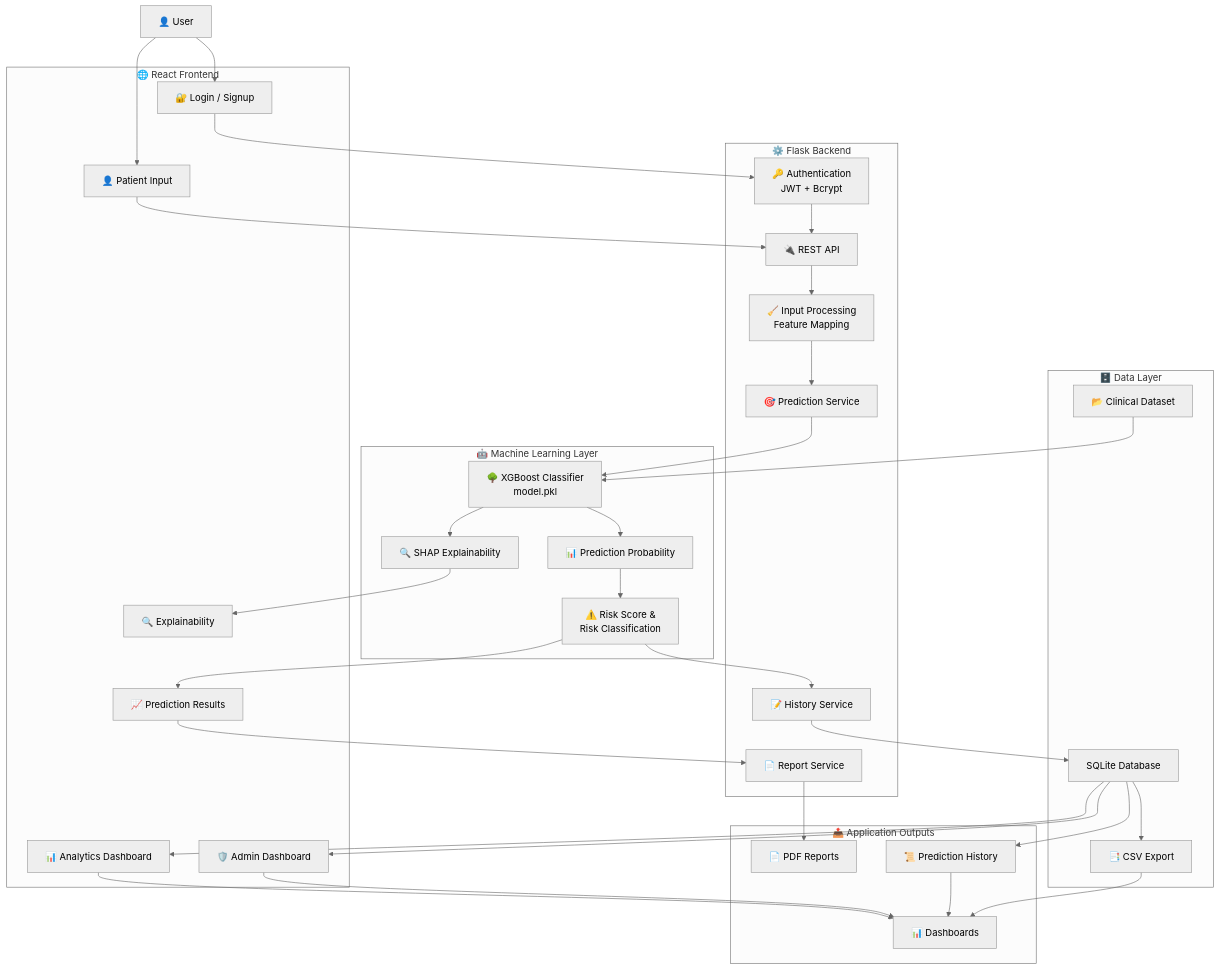
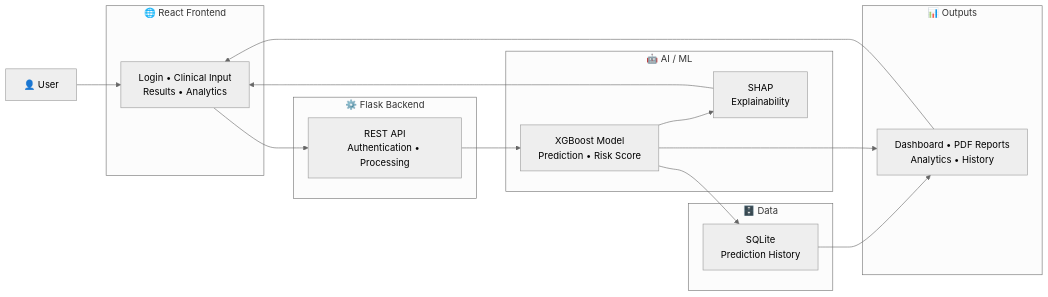
The diagram in README.md (meganathm123-lgtm/AI-Cancer-Care-Recurrence-Prediction), drawn with Mermaid (neutral theme) before and after one commit.

````diff
--- a/README.md
+++ b/README.md
@@ -344,79 +344,36 @@
 ```mermaid
-flowchart TB
+flowchart LR
 
     U["👤 User"]
 
-    subgraph FE["🌐 React Frontend"]
-        LOGIN["🔐 Login / Signup"]
-        PATIENT["👤 Patient Input"]
-        RESULT["📈 Prediction Results"]
-        EXPLAIN["🔍 Explainability"]
-        ANALYTICS["📊 Analytics Dashboard"]
-        ADMIN["🛡️ Admin Dashboard"]
+    subgraph FRONTEND["🌐 React Frontend"]
+        UI["Login • Clinical Input<br/>Results • Analytics"]
     end
 
-    subgraph BE["⚙️ Flask Backend"]
-        AUTH["🔑 Authentication<br/>JWT + Bcrypt"]
-        API["🔌 REST API"]
-        VALIDATE["🧹 Input Processing<br/>Feature Mapping"]
-        PREDICT["🎯 Prediction Service"]
-        HISTORY["📝 History Service"]
-        REPORT["📄 Report Service"]
+    subgraph BACKEND["⚙️ Flask Backend"]
+        API["REST API<br/>Authentication • Processing"]
     end
 
-    subgraph ML["🤖 Machine Learning Layer"]
-        MODEL["🌳 XGBoost Classifier<br/>model.pkl"]
-        PROB["📊 Prediction Probability"]
-        RISK["⚠️ Risk Score &<br/>Risk Classification"]
-        SHAP["🔍 SHAP Explainability"]
+    subgraph AI["🤖 AI / ML"]
+        MODEL["XGBoost Model<br/>Prediction • Risk Score"]
+        SHAP["SHAP<br/>Explainability"]
     end
 
-    subgraph DATA["🗄️ Data Layer"]
-        SQLITE["SQLite Database"]
-        DATASET["📂 Clinical Dataset"]
-        CSV["📑 CSV Export"]
+    subgraph DATA["🗄️ Data"]
+        DB["SQLite<br/>Prediction History"]
     end
 
-    subgraph OUT["📤 Application Outputs"]
-        DASH["📊 Dashboards"]
-        PDF["📄 PDF Reports"]
-        HISTORYOUT["📜 Prediction History"]
+    subgraph OUTPUT["📊 Outputs"]
+        OUT["Dashboard • PDF Reports<br/>Analytics • History"]
     end
 
-    U --> LOGIN
-    U --> PATIENT
-
-    LOGIN --> AUTH
-    AUTH --> API
-
-    PATIENT --> API
-    API --> VALIDATE
-    VALIDATE --> PREDICT
-
-    PREDICT --> MODEL
-    MODEL --> PROB
-    PROB --> RISK
+    U --> UI
+    UI --> API
+    API --> MODEL
     MODEL --> SHAP
-
-    RISK --> RESULT
-    SHAP --> EXPLAIN
-
-    RISK --> HISTORY
-    HISTORY --> SQLITE
-
-    DATASET --> MODEL
-    SQLITE --> HISTORYOUT
-    SQLITE --> CSV
-
-    SQLITE --> ANALYTICS
-    SQLITE --> ADMIN
-
-    ANALYTICS --> DASH
-    ADMIN --> DASH
-
-    RESULT --> REPORT
-    REPORT --> PDF
-
-    HISTORYOUT --> DASH
-    CSV --> DASH
+    MODEL --> DB
+    SHAP --> UI
+    DB --> OUT
+    MODEL --> OUT
+    OUT --> UI
 ```
````
